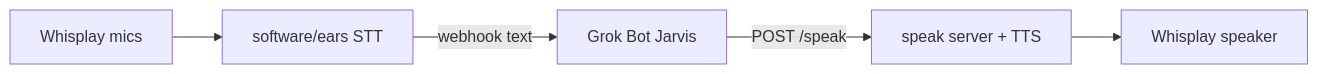
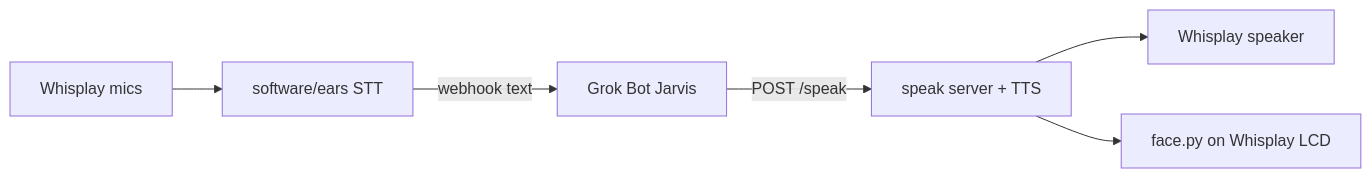
One commit to etjones45/desk-atlas changed the diagram in README.md. Above: the diagram before and after it, drawn with Mermaid. The commit also changed other lines of this file and 2 other files, not shown here.

Commit message:
docs: face path + key-free env example for Pi live package

````diff
--- a/README.md
+++ b/README.md
@@ -21,7 +21,8 @@
 ```mermaid
 flowchart LR
   Mic[Whisplay mics] --> Ears[software/ears STT]
   Ears -->|webhook text| Jarvis[Grok Bot Jarvis]
   Jarvis -->|POST /speak| Mouth[speak server + TTS]
   Mouth --> Spk[Whisplay speaker]
+  Mouth --> Face[face.py on Whisplay LCD]
 ```
````
